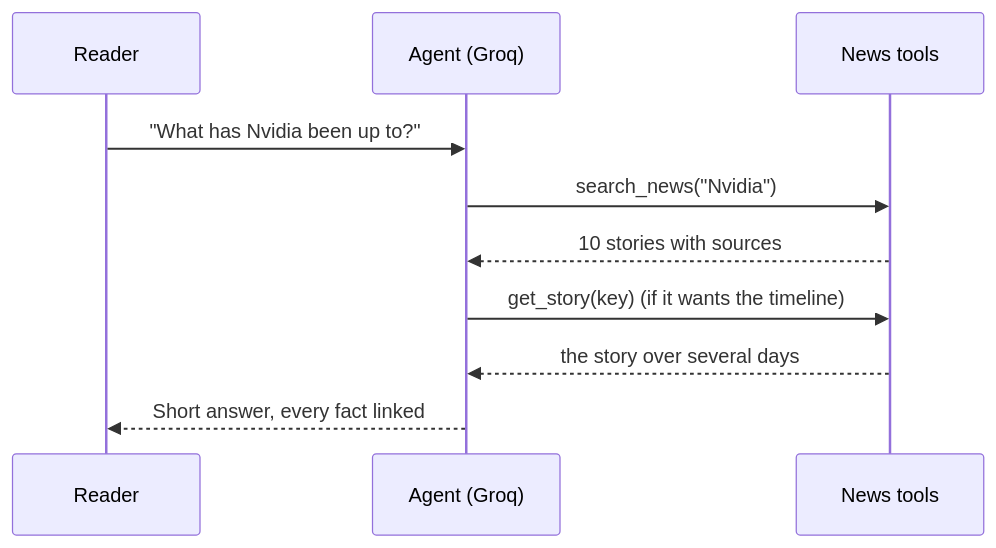
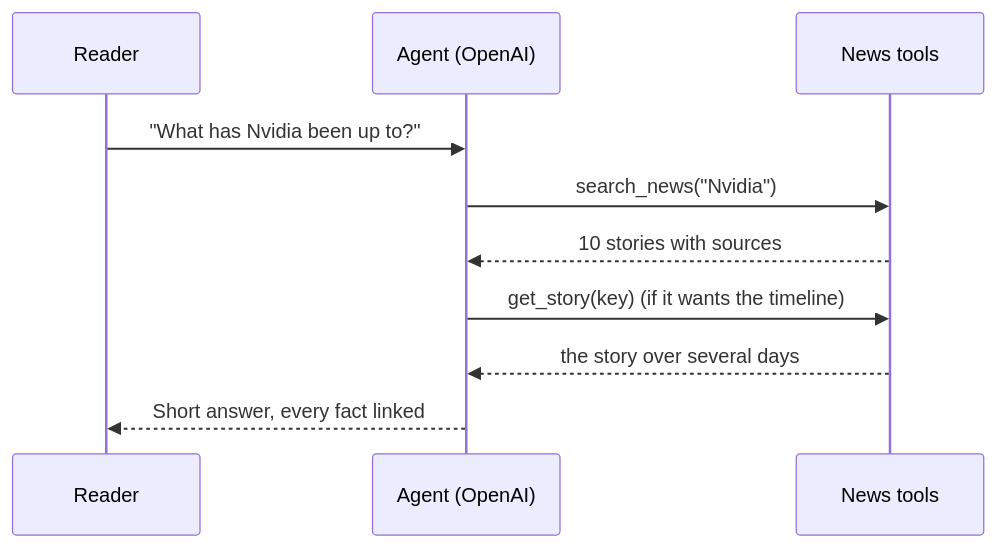
Before and after one commit to YashRajSingh1001/readkernel: the fourth of 4 diagrams in docs/TECHNICAL_GUIDE.md, drawn with Mermaid. The commit also changed other lines of this file and 8 other files, not shown here.

````diff
--- a/docs/TECHNICAL_GUIDE.md
+++ b/docs/TECHNICAL_GUIDE.md
@@ -403,12 +403,12 @@
 ```mermaid
 sequenceDiagram
     participant R as Reader
-    participant A as Agent (Groq)
+    participant A as Agent (OpenAI)
     participant T as News tools
     R->>A: "What has Nvidia been up to?"
     A->>T: search_news("Nvidia")
     T-->>A: 10 stories with sources
     A->>T: get_story(key) (if it wants the timeline)
     T-->>A: the story over several days
     A-->>R: Short answer, every fact linked
 ```
````
